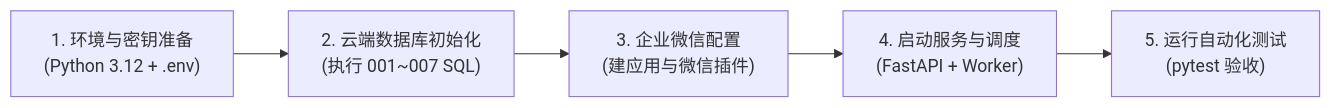
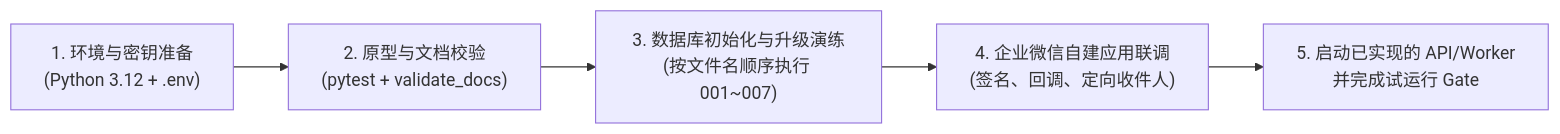
The second of 4 diagrams in docs/03.WealthSail-MVP快速构建与实战指南.md (sinojelly/wealthsail), drawn with Mermaid before and after one commit. The commit also changed other lines of this file and 16 other files, not shown here.

````diff
--- a/docs/03.WealthSail-MVP快速构建与实战指南.md
+++ b/docs/03.WealthSail-MVP快速构建与实战指南.md
@@ -41,7 +43,7 @@
 ```mermaid
 flowchart LR
-    S1["1. 环境与密钥准备<br>(Python 3.12 + .env)"] --> S2["2. 云端数据库初始化<br>(执行 001~007 SQL)"]
-    S2 --> S3["3. 企业微信配置<br>(建应用与微信插件)"]
-    S3 --> S4["4. 启动服务与调度<br>(FastAPI + Worker)"]
-    S4 --> S5["5. 运行自动化测试<br>(pytest 验收)"]
+    S1["1. 环境与密钥准备<br>(Python 3.12 + .env)"] --> S2["2. 原型与文档校验<br>(pytest + validate_docs)"]
+    S2 --> S3["3. 数据库初始化与升级演练<br>(按文件名顺序执行 001~007)"]
+    S3 --> S4["4. 企业微信自建应用联调<br>(签名、回调、定向收件人)"]
+    S4 --> S5["5. 启动已实现的 API/Worker<br>并完成试运行 Gate"]
 ```
````
